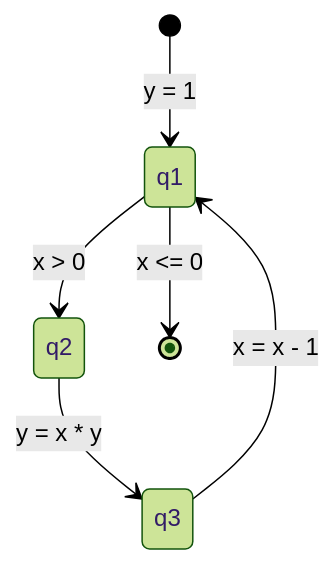
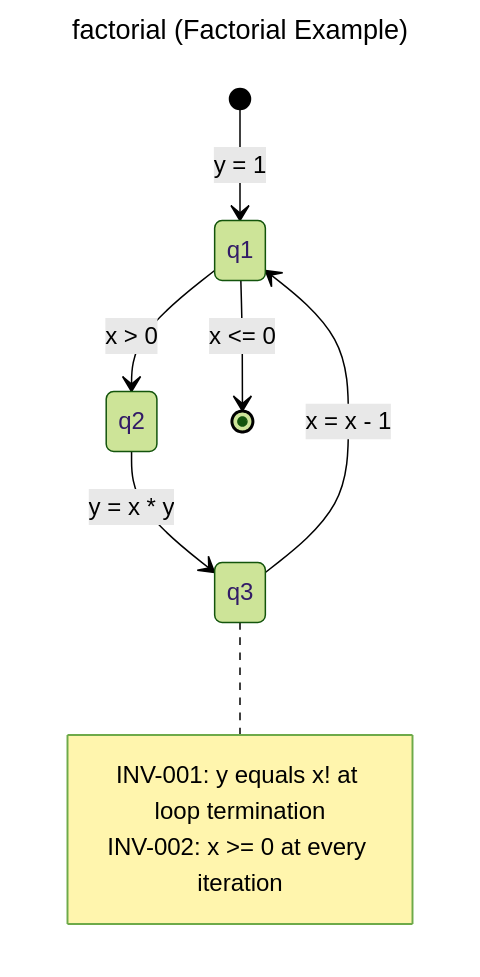
Before and after one commit to Meta-Develop/speca_for_codex: the third of 3 diagrams in .claude/skills/subgraph-extractor/SKILL.md, drawn with Mermaid (forest theme). The commit also changed other lines of this file and 5 other files, not shown here.

````diff
--- a/.claude/skills/subgraph-extractor/SKILL.md
+++ b/.claude/skills/subgraph-extractor/SKILL.md
@@ -189,9 +184,17 @@
 ```mermaid
+---
+title: "factorial (Factorial Example)"
+---
 stateDiagram-v2
     direction TB
     [*] --> q1: y = 1
     q1 --> q2: x > 0
     q1 --> [*]: x <= 0
     q2 --> q3: y = x * y
     q3 --> q1: x = x - 1
+
+    note right of q3
+        INV-001: y equals x! at loop termination
+        INV-002: x >= 0 at every iteration
+    end note
 ```
````
